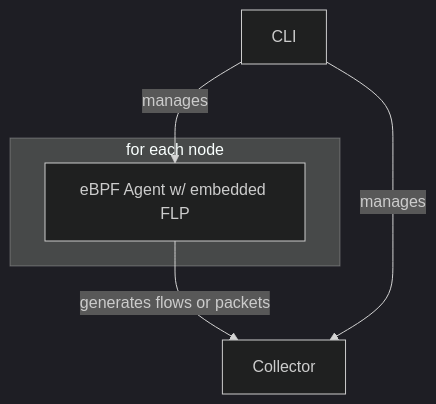
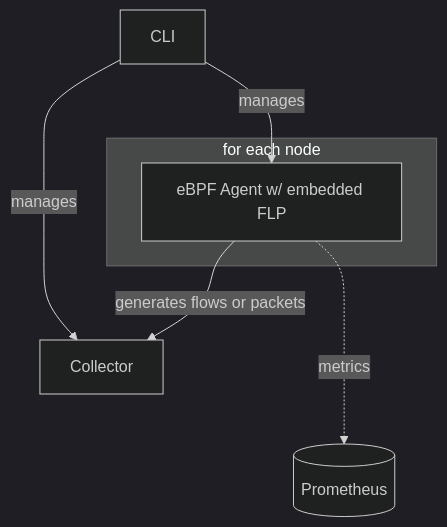
One commit to netobserv/network-observability-operator changed the third of 3 diagrams in docs/Architecture.md. Above: the diagram before and after it, drawn with Mermaid (dark theme). The commit also changed other lines of this file, not shown here.

````diff
--- a/docs/Architecture.md
+++ b/docs/Architecture.md
@@ -88,9 +89,10 @@
 ```mermaid
 flowchart TD
     subgraph "for each node"
         A[eBPF Agent w/ embedded FLP]
     end
     A -->|generates flows or packets| C[Collector]
     CL[CLI] -->|manages| A
     CL -->|manages| C
+    A -..->|metrics| P[(Prometheus)]
 ```
````
